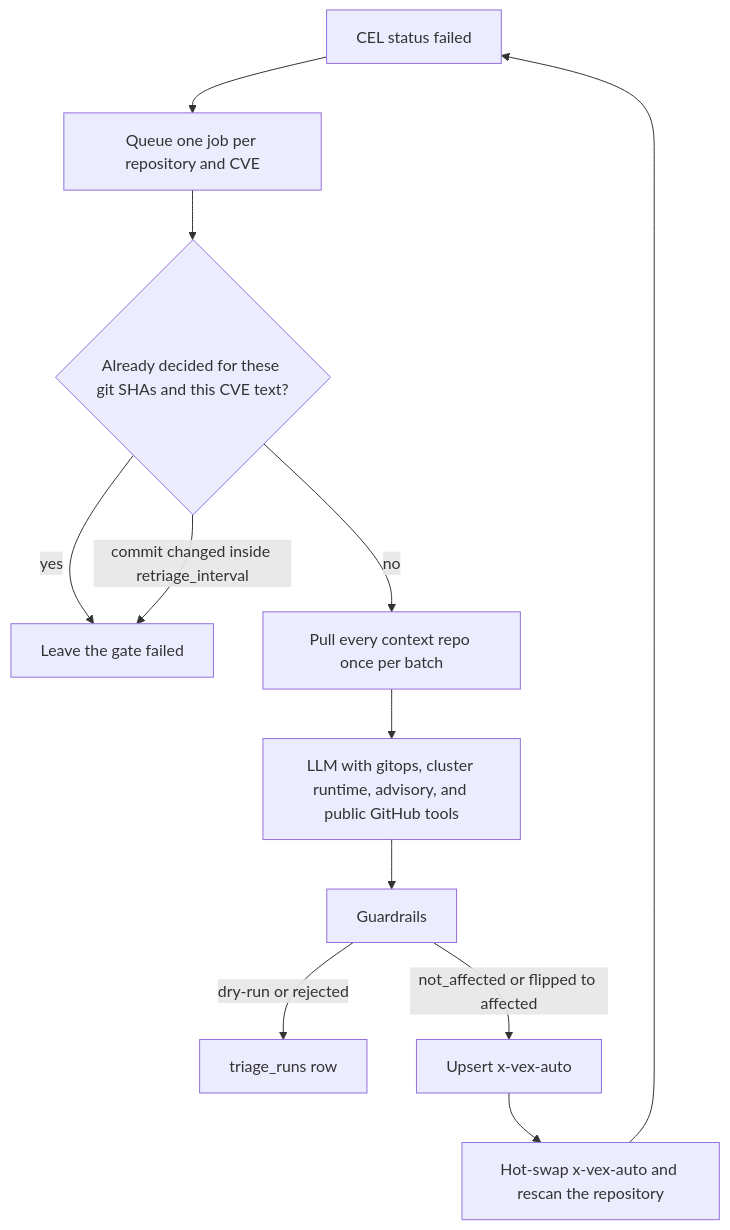
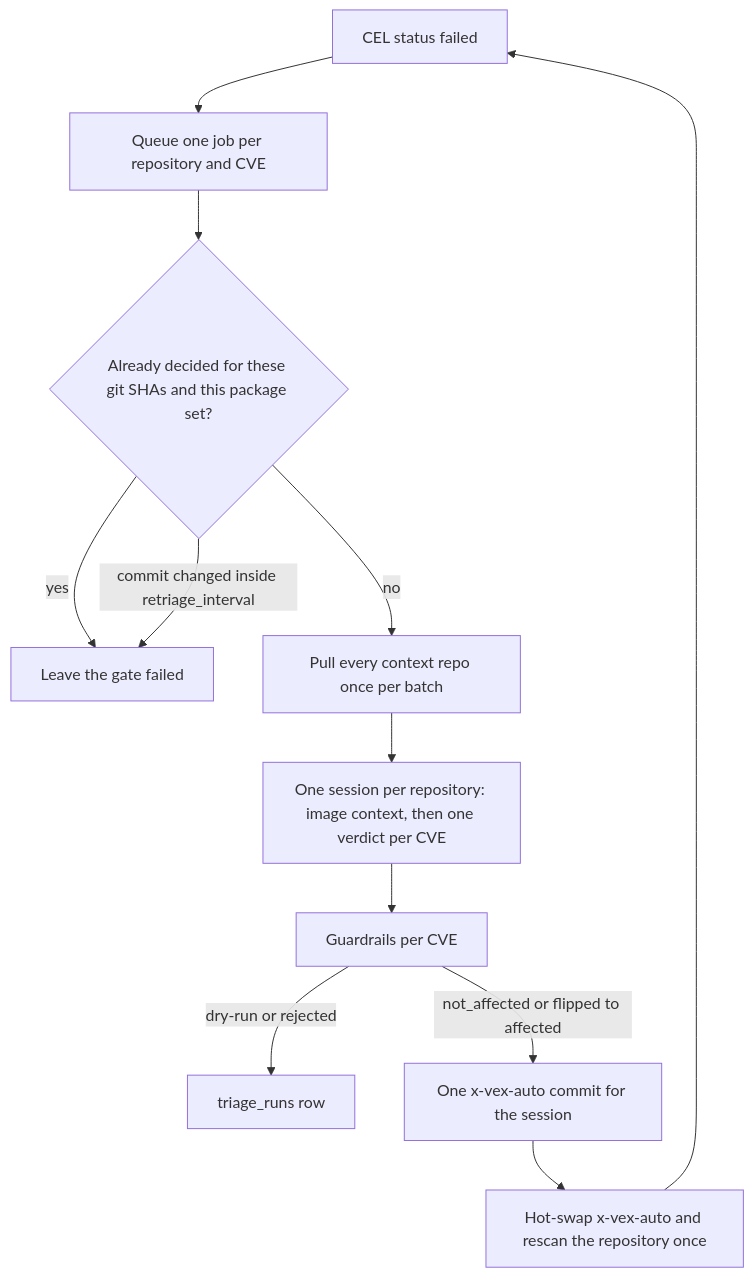
Before and after one commit to daimoniac/suppline: the third of 3 diagrams in docs/STATE_MACHINE.md, drawn with Mermaid. The commit also changed other lines of this file and 25 other files, not shown here.

First line of the commit message:
feat(triage): decide a repository's CVEs in one session

````diff
--- a/docs/STATE_MACHINE.md
+++ b/docs/STATE_MACHINE.md
@@ -101,14 +101,14 @@
 ```mermaid
 flowchart TD
     fail[CEL status failed] --> queue[Queue one job per repository and CVE]
-    queue --> skip{Already decided for these git SHAs and this CVE text?}
+    queue --> skip{Already decided for these git SHAs and this package set?}
     skip -->|yes| done[Leave the gate failed]
     skip -->|commit changed inside retriage_interval| done
     skip -->|no| pull[Pull every context repo once per batch]
-    pull --> agent[LLM with gitops, cluster runtime, advisory, and public GitHub tools]
-    agent --> guard[Guardrails]
+    pull --> session[One session per repository: image context, then one verdict per CVE]
+    session --> guard[Guardrails per CVE]
     guard -->|dry-run or rejected| record[triage_runs row]
-    guard -->|not_affected or flipped to affected| write[Upsert x-vex-auto]
-    write --> swap[Hot-swap x-vex-auto and rescan the repository]
+    guard -->|not_affected or flipped to affected| write[One x-vex-auto commit for the session]
+    write --> swap[Hot-swap x-vex-auto and rescan the repository once]
     swap --> fail
 ```
````
